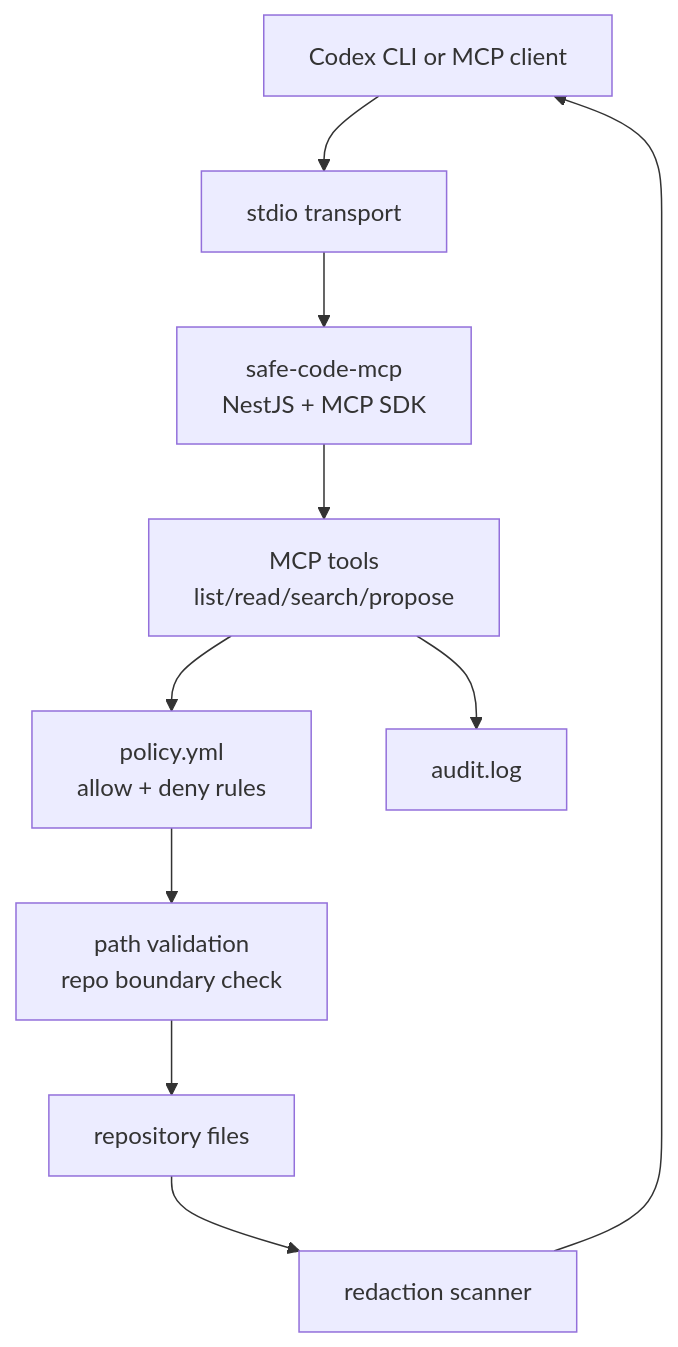
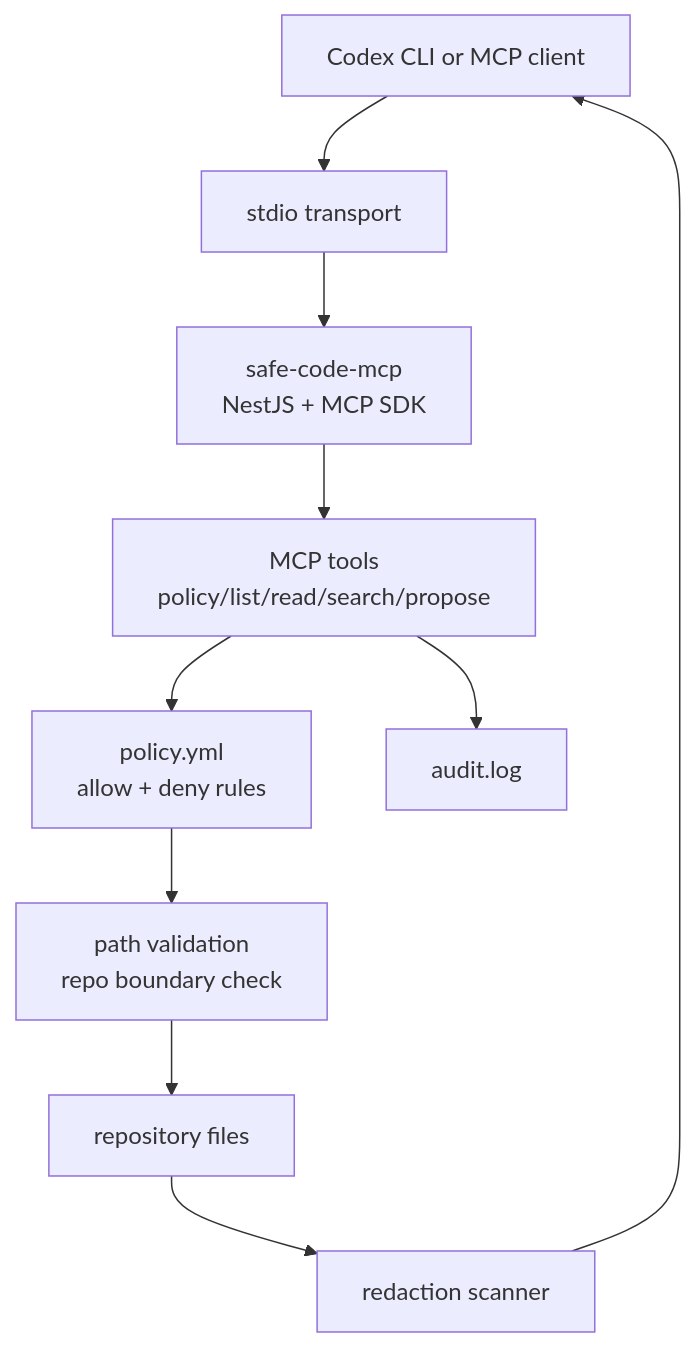
The first of 2 diagrams in README.md (marcojourney/safe-code-mcp), drawn with Mermaid before and after one commit. The commit also changed other lines of this file and 2 other files, not shown here.

````diff
--- a/README.md
+++ b/README.md
@@ -9,22 +9,22 @@
 ```mermaid
 flowchart TD
     Client["Codex CLI or MCP client"]
     Transport["stdio transport"]
     Server["safe-code-mcp<br/>NestJS + MCP SDK"]
-    Tools["MCP tools<br/>list/read/search/propose"]
+    Tools["MCP tools<br/>policy/list/read/search/propose"]
     Policy["policy.yml<br/>allow + deny rules"]
     Guard["path validation<br/>repo boundary check"]
     Redact["redaction scanner"]
     Audit["audit.log"]
     Repo["repository files"]
 
     Client --> Transport
     Transport --> Server
     Server --> Tools
     Tools --> Policy
     Policy --> Guard
     Guard --> Repo
     Repo --> Redact
     Redact --> Client
     Tools --> Audit
 ```
````
